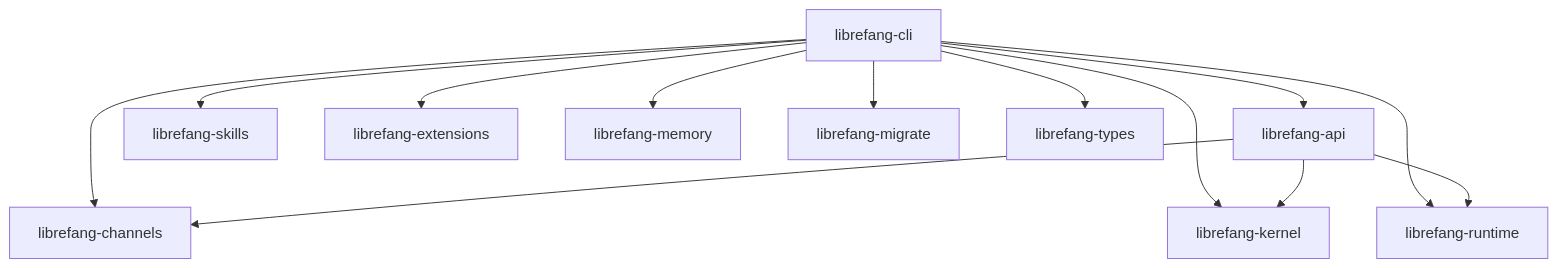
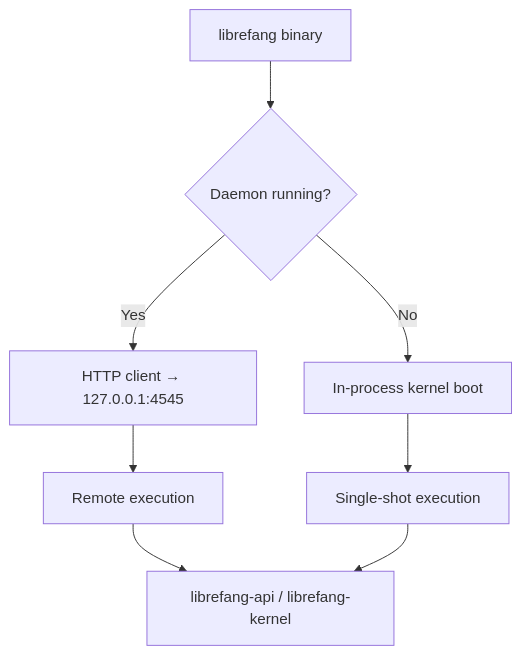
Before and after one commit to leszek3737/librefang-WIki: the diagram in other-librefang-cli.md, drawn with Mermaid. The commit also changed other lines of this file and 100 other files, not shown here.

````diff
--- a/other-librefang-cli.md
+++ b/other-librefang-cli.md
@@ -32,15 +14,10 @@
 ```mermaid
 graph TD
-    CLI[librefang-cli] --> API[librefang-api]
-    CLI --> KERNEL[librefang-kernel]
-    CLI --> RUNTIME[librefang-runtime]
-    CLI --> CHANNELS[librefang-channels]
-    CLI --> SKILLS[librefang-skills]
-    CLI --> EXTENSIONS[librefang-extensions]
-    CLI --> MEMORY[librefang-memory]
-    CLI --> MIGRATE[librefang-migrate]
-    CLI --> TYPES[librefang-types]
-    API --> CHANNELS
-    API --> KERNEL
-    API --> RUNTIME
+    A[librefang binary] --> B{Daemon running?}
+    B -->|Yes| C[HTTP client → 127.0.0.1:4545]
+    B -->|No| D[In-process kernel boot]
+    C --> E[Remote execution]
+    D --> F[Single-shot execution]
+    E --> G[librefang-api / librefang-kernel]
+    F --> G
 ```
````
